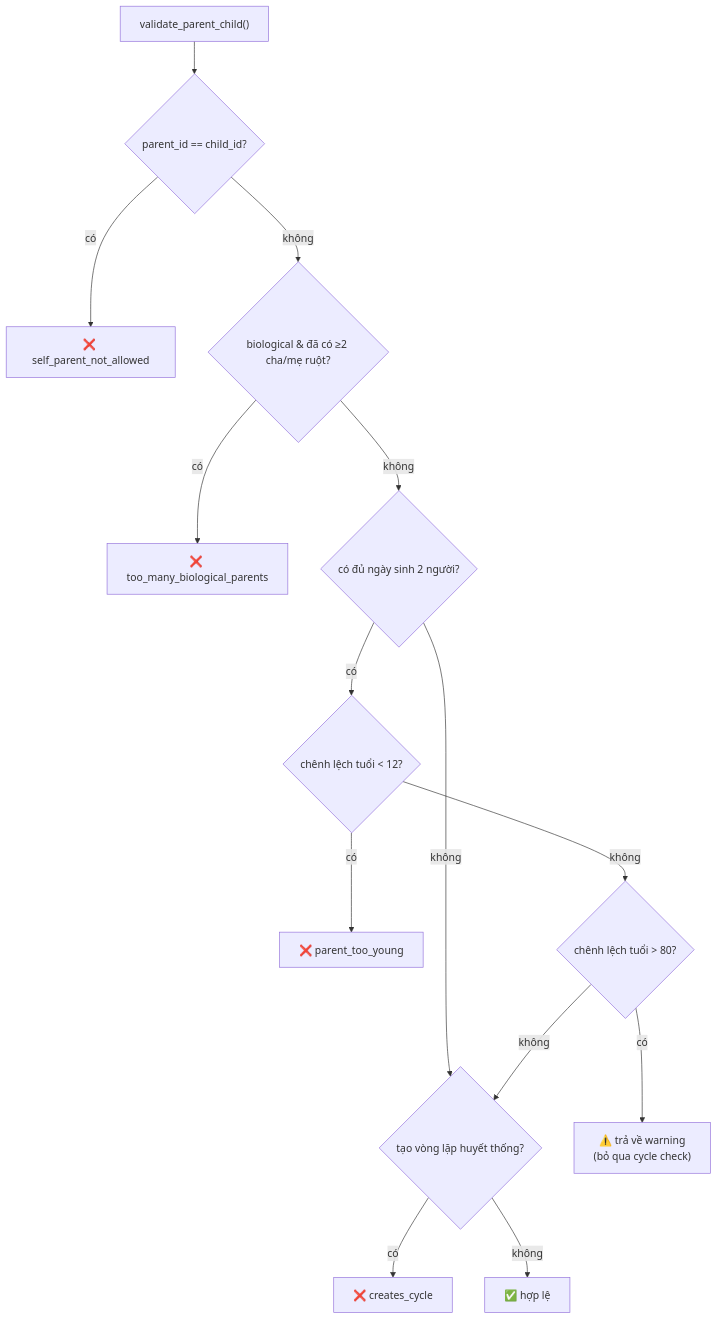
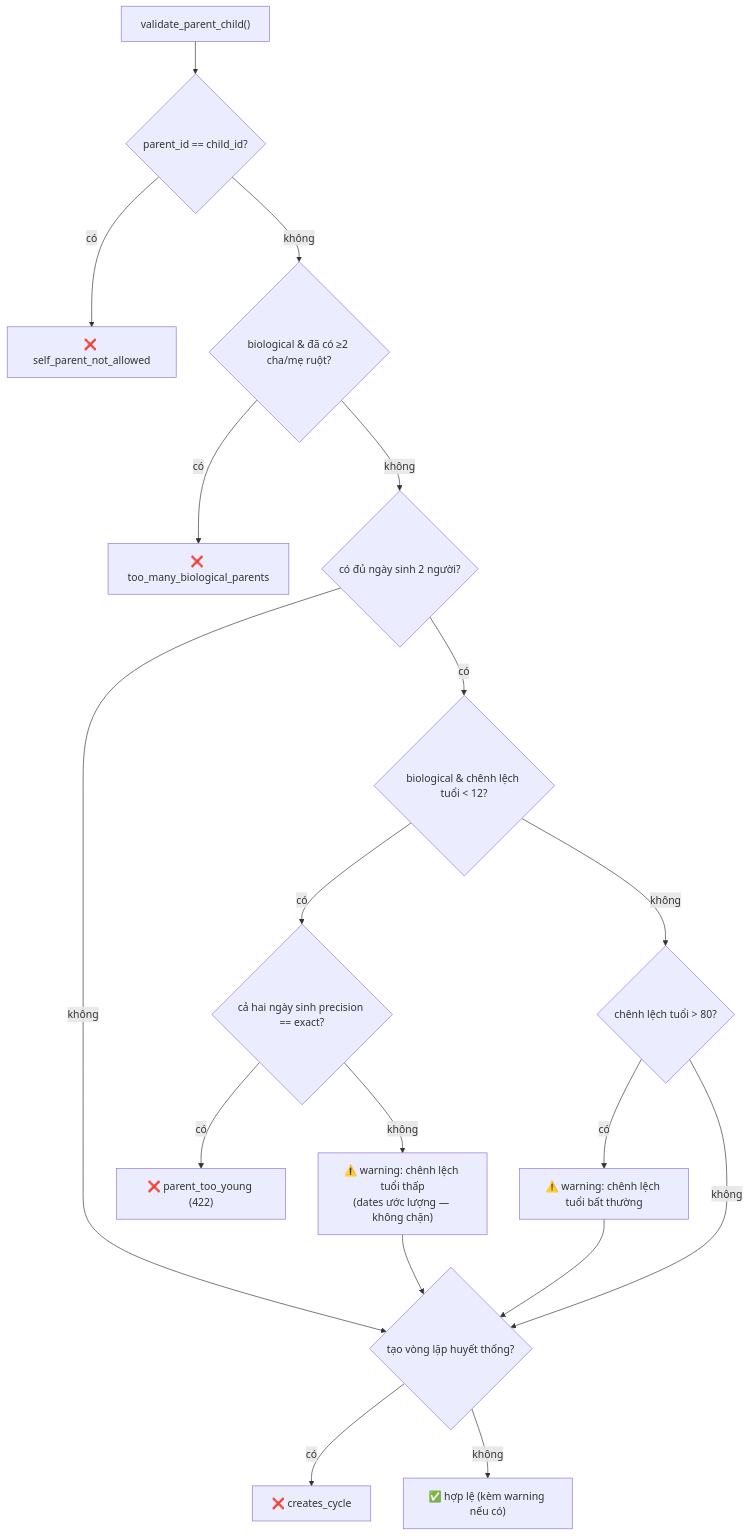
One commit to namphuongtran/familyroots changed the first of 2 diagrams in docs/architecture/domain-rules.md. Above: the diagram before and after it, drawn with Mermaid. The commit also changed other lines of this file and 5 other files, not shown here.

Commit message:
docs: precision governs giỗ notifications (M4) + parent-age floor (M5)

````diff
--- a/docs/architecture/domain-rules.md
+++ b/docs/architecture/domain-rules.md
@@ -47,16 +60,19 @@
 ```mermaid
 flowchart TD
     A["validate_parent_child()"] --> B{"parent_id == child_id?"}
     B -->|"có"| E1["❌ self_parent_not_allowed"]
     B -->|"không"| C{"biological & đã có ≥2 cha/mẹ ruột?"}
     C -->|"có"| E2["❌ too_many_biological_parents"]
     C -->|"không"| D{"có đủ ngày sinh 2 người?"}
-    D -->|"không"| G{"tạo vòng lặp huyết thống?"}
-    D -->|"có"| F{"chênh lệch tuổi < 12?"}
-    F -->|"có"| E3["❌ parent_too_young"]
+    D -->|"không"| G
+    D -->|"có"| F{"biological & chênh lệch tuổi < 12?"}
+    F -->|"có"| F2{"cả hai ngày sinh precision == exact?"}
+    F2 -->|"có"| E3["❌ parent_too_young (422)"]
+    F2 -->|"không"| W1["⚠️ warning: chênh lệch tuổi thấp<br/>(dates ước lượng — không chặn)"] --> G
     F -->|"không"| H{"chênh lệch tuổi > 80?"}
-    H -->|"có"| W["⚠️ trả về warning<br/>(bỏ qua cycle check)"]
+    H -->|"có"| W2["⚠️ warning: chênh lệch tuổi bất thường"] --> G
     H -->|"không"| G
+    G{"tạo vòng lặp huyết thống?"}
     G -->|"có"| E4["❌ creates_cycle"]
-    G -->|"không"| OK["✅ hợp lệ"]
+    G -->|"không"| OK["✅ hợp lệ (kèm warning nếu có)"]
 ```
````
